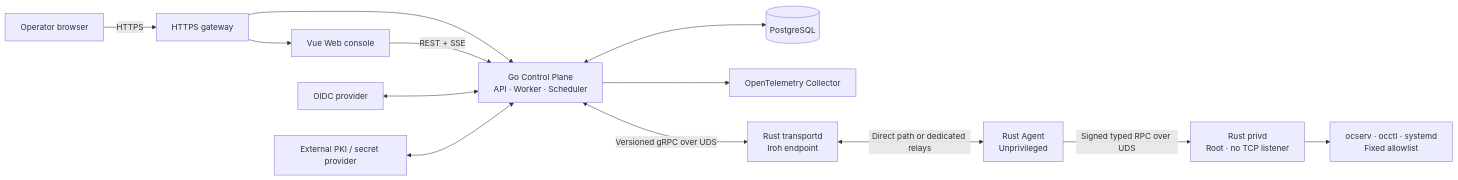
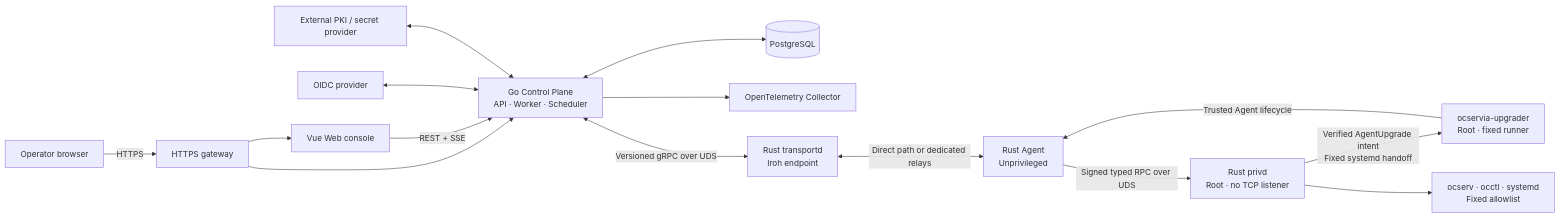
One commit to GentleKingson/ocservia changed the diagram in README.md. Above: the diagram before and after it, drawn with Mermaid. The commit also changed other lines of this file and 2 other files, not shown here.

````diff
--- a/README.md
+++ b/README.md
@@ -49,17 +50,19 @@
 ```mermaid
 flowchart LR
     Operator["Operator browser"] -->|HTTPS| Gateway["HTTPS gateway"]
     Gateway --> Web["Vue Web console"]
     Gateway --> Controller["Go Control Plane\nAPI · Worker · Scheduler"]
     Web -->|REST + SSE| Controller
 
     IdP["OIDC provider"] <--> Controller
     PKI["External PKI / secret provider"] <--> Controller
     Controller <--> PostgreSQL[(PostgreSQL)]
     Controller --> OTel["OpenTelemetry Collector"]
 
     Controller <-->|Versioned gRPC over UDS| Transport["Rust transportd\nIroh endpoint"]
     Transport <-->|Direct path or dedicated relays| Agent["Rust Agent\nUnprivileged"]
     Agent -->|Signed typed RPC over UDS| Privd["Rust privd\nRoot · no TCP listener"]
+    Privd -->|Verified AgentUpgrade intent\nFixed systemd handoff| Upgrader["ocservia-upgrader\nRoot · fixed runner"]
+    Upgrader -->|Trusted Agent lifecycle| Agent
     Privd --> Ocserv["ocserv · occtl · systemd\nFixed allowlist"]
 ```
````
